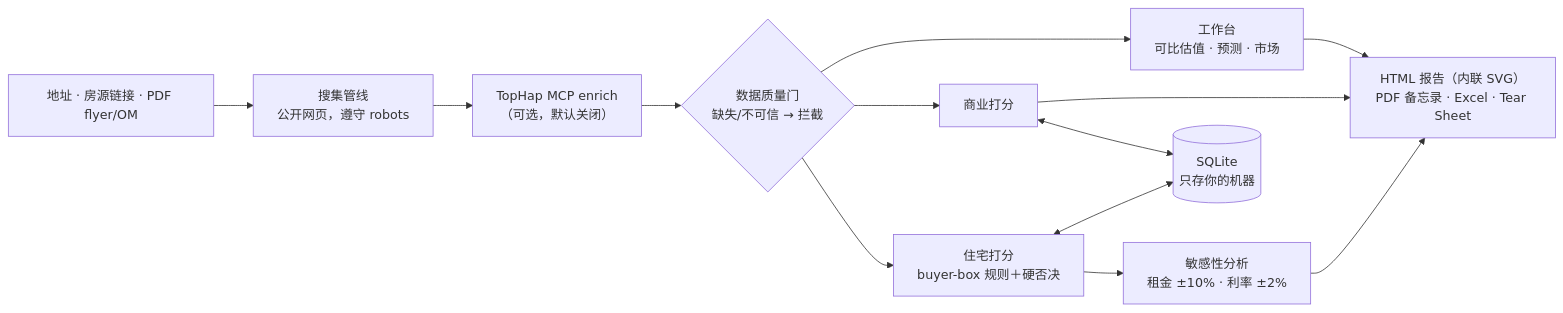
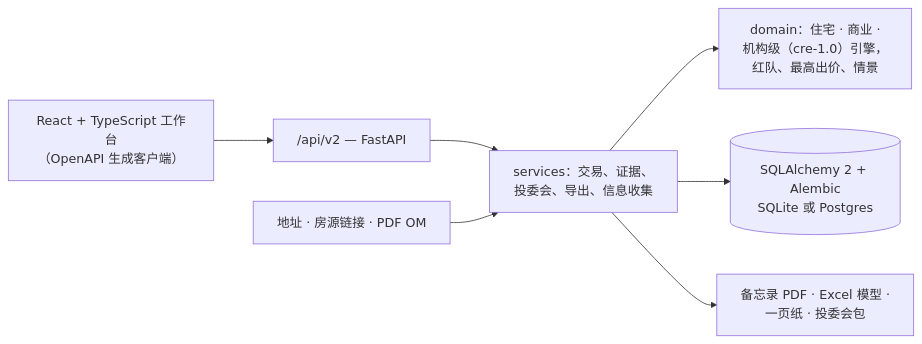
Before and after one commit to HUIIIM/vertciti-dealdesk: the diagram in README.zh.md, drawn with Mermaid. The commit also changed other lines of this file and 8 other files, not shown here.

First line of the commit message:
docs(readme): 企业级 README 换成 v2——首图与截图换成 v2 工作台、写入三条核保赛道与机构级引擎、状态按生产事实

````diff
--- a/README.zh.md
+++ b/README.zh.md
@@ -91,15 +93,9 @@
 ```mermaid
 flowchart LR
-    IN["地址 · 房源链接 · PDF flyer/OM"] --> PIPE["搜集管线<br/>公开网页，遵守 robots"]
-    PIPE --> ENR["TopHap MCP enrich<br/>（可选，默认关闭）"]
-    ENR --> GATE{"数据质量门<br/>缺失/不可信 → 拦截"}
-    GATE --> RES["住宅打分<br/>buyer-box 规则＋硬否决"]
-    GATE --> COM["商业打分"]
-    GATE --> WB["工作台<br/>可比估值 · 预测 · 市场"]
-    RES --> SENS["敏感性分析<br/>租金 ±10% · 利率 ±2%"]
-    SENS --> OUT["HTML 报告（内联 SVG）<br/>PDF 备忘录 · Excel · Tear Sheet"]
-    COM --> OUT
-    WB --> OUT
-    RES <--> DB[("SQLite<br/>只存你的机器")]
-    COM <--> DB
+    UI["React + TypeScript 工作台<br/>（OpenAPI 生成客户端）"] --> API["/api/v2 — FastAPI"]
+    API --> SVC["services：交易、证据、<br/>投委会、导出、信息收集"]
+    SVC --> DOM["domain：住宅 · 商业 ·<br/>机构级（cre-1.0）引擎，<br/>红队、最高出价、情景"]
+    SVC --> DB[("SQLAlchemy 2 + Alembic<br/>SQLite 或 Postgres")]
+    SVC --> OUT["备忘录 PDF · Excel 模型 ·<br/>一页纸 · 投委会包"]
+    IN["地址 · 房源链接 · PDF OM"] --> SVC
 ```
````
